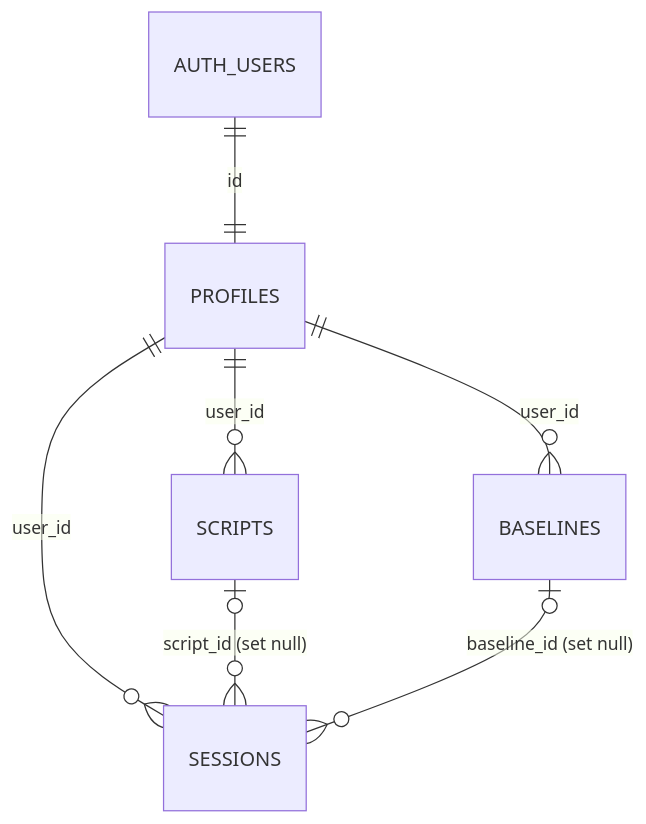
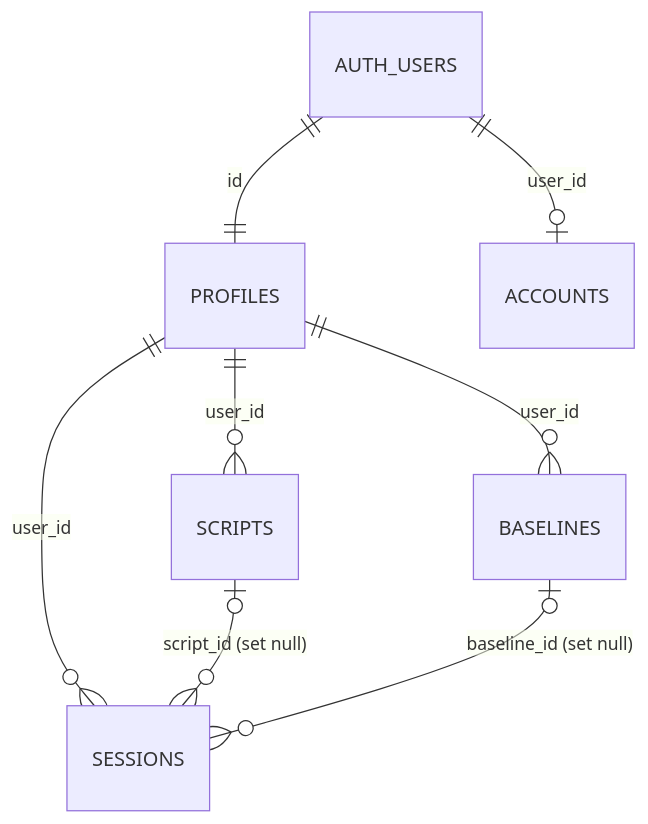
Before and after one commit to cbaolee/25c11-ct-team08-public-speaking-assistant: the third of 5 diagrams in architecture.md, drawn with Mermaid. The commit also changed other lines of this file and 19 other files, not shown here.

````diff
--- a/architecture.md
+++ b/architecture.md
@@ -165,9 +168,10 @@
 ```mermaid
 erDiagram
     AUTH_USERS ||--|| PROFILES : "id"
+    AUTH_USERS ||--o| ACCOUNTS : "user_id"
     PROFILES ||--o{ BASELINES : "user_id"
     PROFILES ||--o{ SCRIPTS : "user_id"
     PROFILES ||--o{ SESSIONS : "user_id"
     SCRIPTS |o--o{ SESSIONS : "script_id (set null)"
     BASELINES |o--o{ SESSIONS : "baseline_id (set null)"
 ```
````
